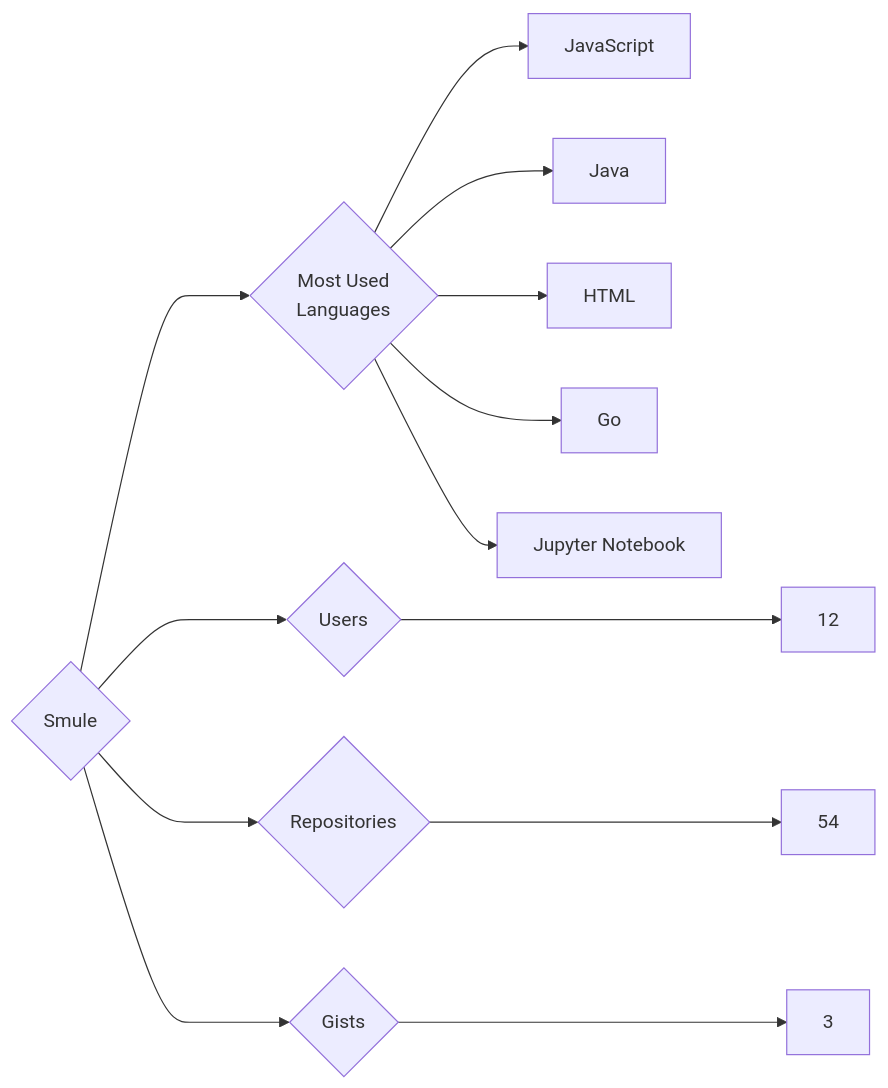
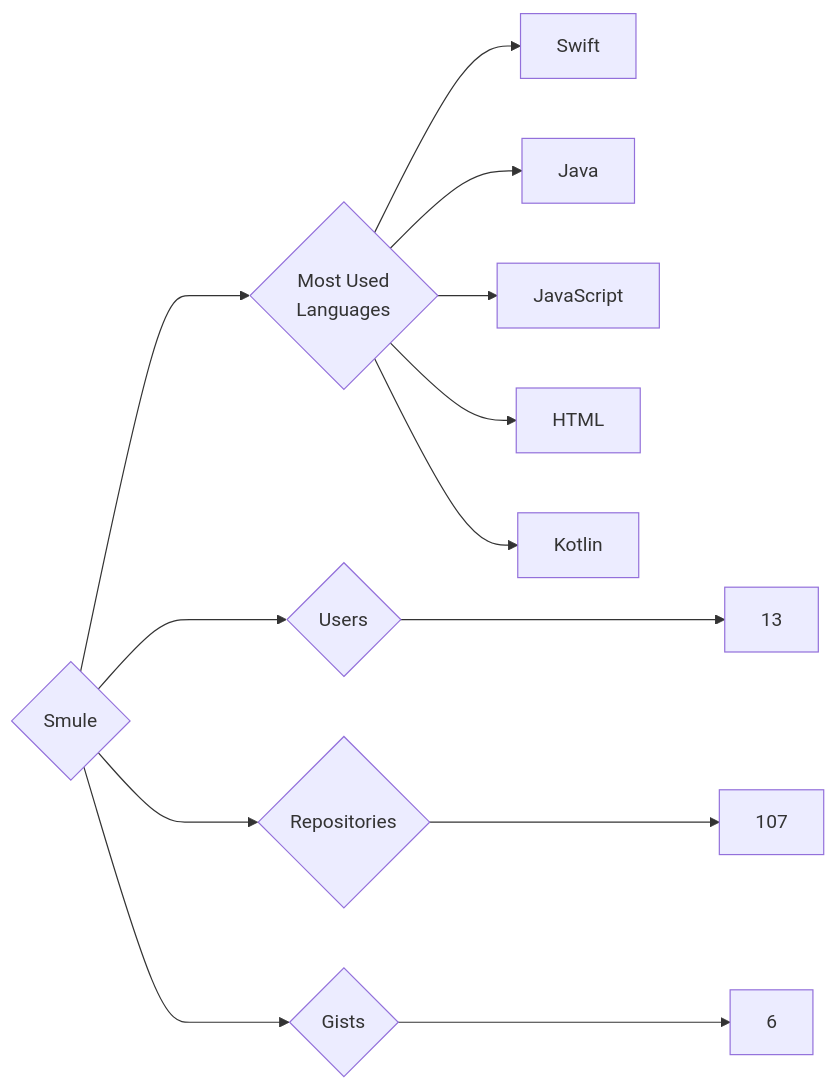
The diagram in targets/Smule/README.md (trickest/insiders), drawn with Mermaid before and after one commit. The commit also changed 970 other files, not shown here.

````diff
--- a/targets/Smule/README.md
+++ b/targets/Smule/README.md
@@ -3,13 +3,13 @@
 ```mermaid
 graph LR
 COMPANY_NAME{Smule}
-COMPANY_NAME ---> U{Users} ---> UN[12]
-COMPANY_NAME ---> R{Repositories} ---> RN[54]
-COMPANY_NAME ---> G{Gists} ---> GN[3]
+COMPANY_NAME ---> U{Users} ---> UN[13]
+COMPANY_NAME ---> R{Repositories} ---> RN[107]
+COMPANY_NAME ---> G{Gists} ---> GN[6]
 COMPANY_NAME ---> ML{Most Used<br>Languages}
+ML --> Swift[Swift]
+ML --> Java[Java]
 ML --> JavaScript[JavaScript]
-ML --> Java[Java]
 ML --> HTML[HTML]
-ML --> Go[Go]
-ML --> Jupyter_Notebook[Jupyter Notebook]
+ML --> Kotlin[Kotlin]
 ```
````
